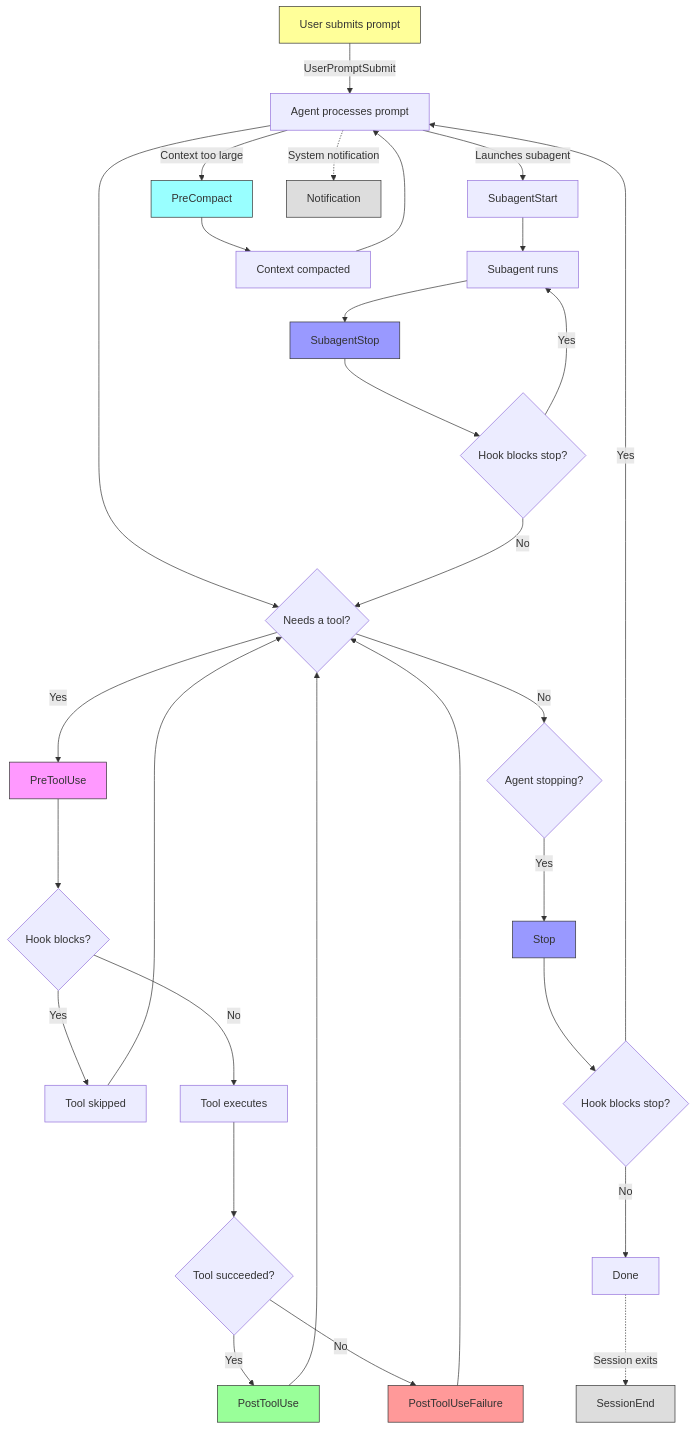
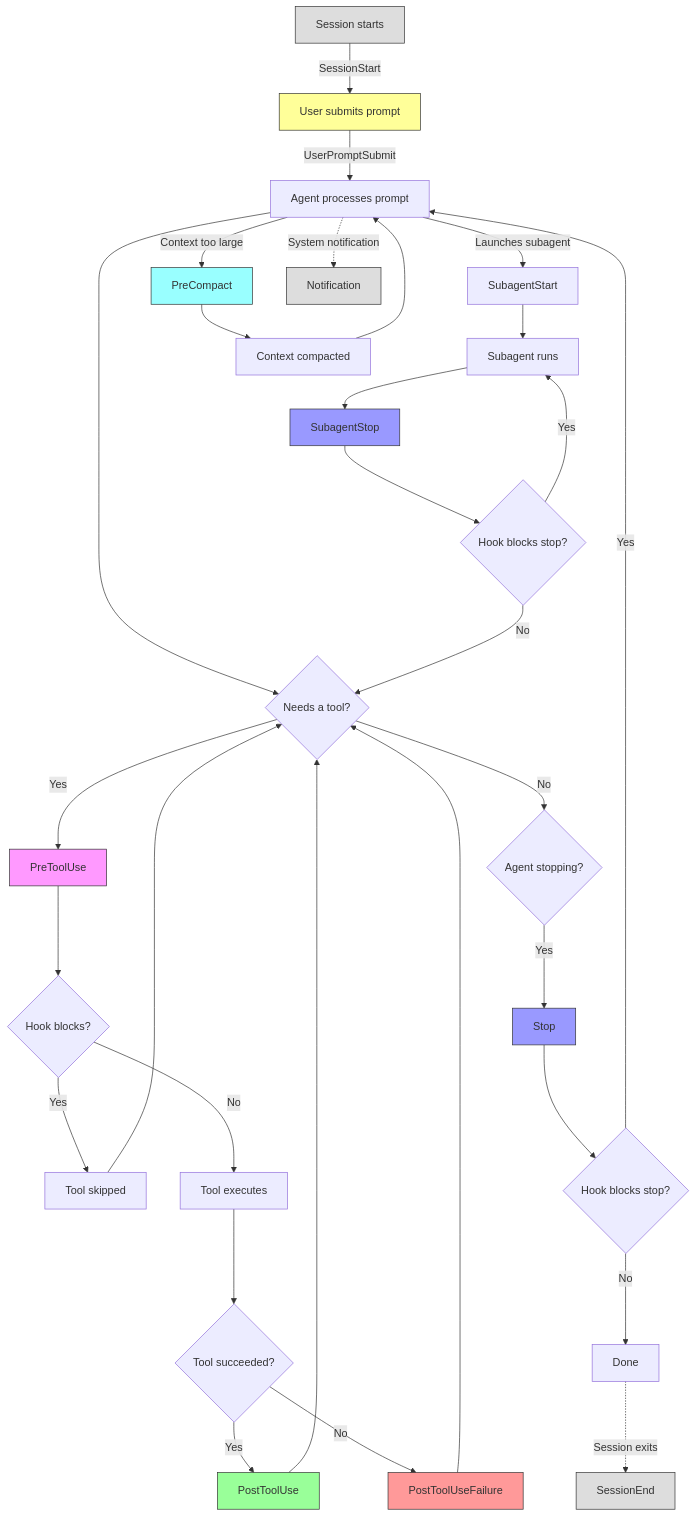
The diagram in docs/guide/how-it-works.qmd (yasyf/captain-hook), drawn with Mermaid before and after one commit. The commit also changed other lines of this file and 9 other files, not shown here.

````diff
--- a/docs/guide/how-it-works.qmd
+++ b/docs/guide/how-it-works.qmd
@@ -25,44 +25,46 @@
 ```{mermaid}
 flowchart TD
-    A[User submits prompt] -->|UserPromptSubmit| B[Agent processes prompt]
+    W[Session starts] -->|SessionStart| A[User submits prompt]
+    A -->|UserPromptSubmit| B[Agent processes prompt]
     B --> C{Needs a tool?}
     C -->|Yes| D[PreToolUse]
     D --> E{Hook blocks?}
     E -->|Yes| F[Tool skipped]
     E -->|No| G[Tool executes]
     G --> H{Tool succeeded?}
     H -->|Yes| I[PostToolUse]
     H -->|No| J[PostToolUseFailure]
     I --> C
     J --> C
     F --> C
     C -->|No| K{Agent stopping?}
     K -->|Yes| L[Stop]
     L --> M{Hook blocks stop?}
     M -->|Yes| B
     M -->|No| N[Done]
 
     B -->|Launches subagent| O[SubagentStart]
     O --> P[Subagent runs]
     P --> Q[SubagentStop]
     Q --> R{Hook blocks stop?}
     R -->|Yes| P
     R -->|No| C
 
     B -->|Context too large| S[PreCompact]
     S --> T[Context compacted]
     T --> B
 
     B -.->|System notification| U[Notification]
     N -.->|Session exits| V[SessionEnd]
 
     style D fill:#f9f,stroke:#333
     style I fill:#9f9,stroke:#333
     style J fill:#f99,stroke:#333
     style L fill:#99f,stroke:#333
     style Q fill:#99f,stroke:#333
     style A fill:#ff9,stroke:#333
     style S fill:#9ff,stroke:#333
     style U fill:#ddd,stroke:#333
     style V fill:#ddd,stroke:#333
+    style W fill:#ddd,stroke:#333
 ```
````
